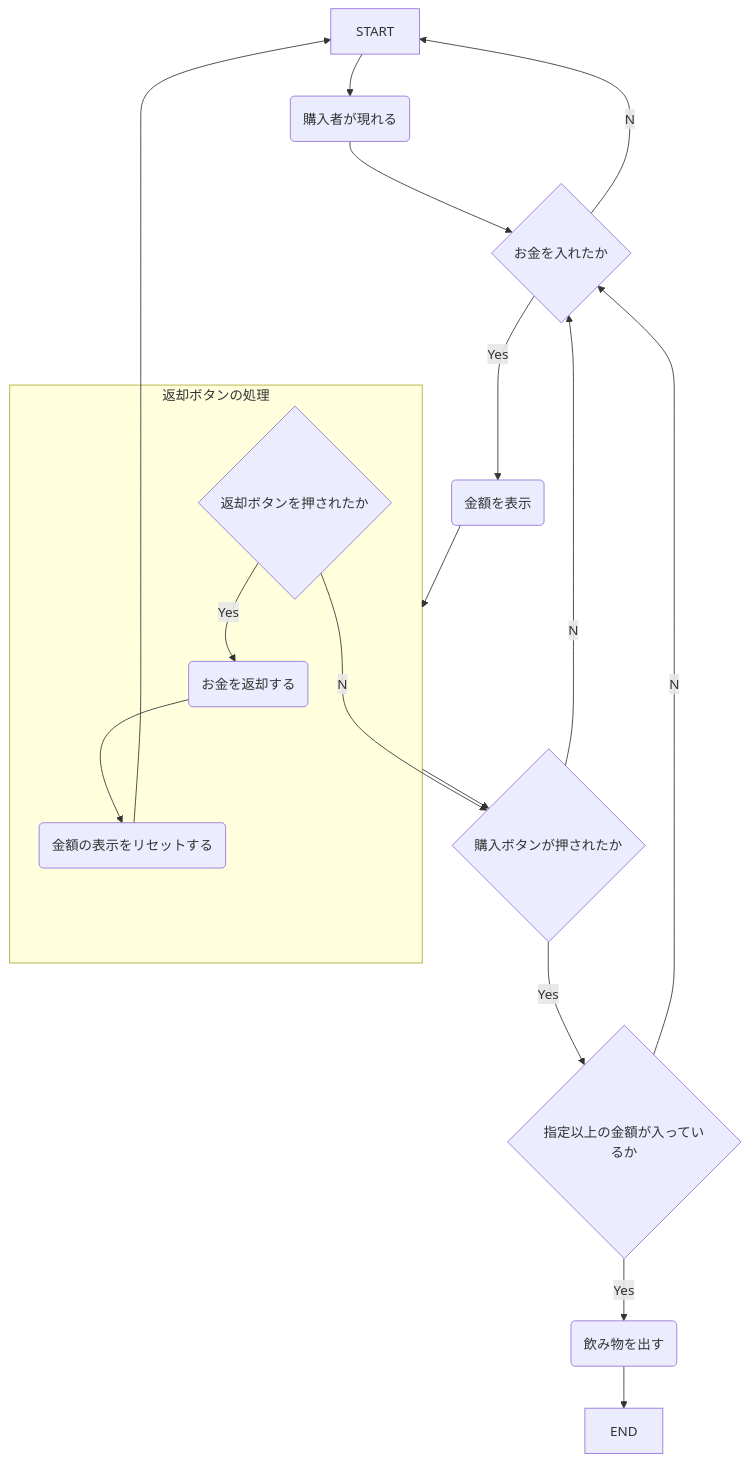
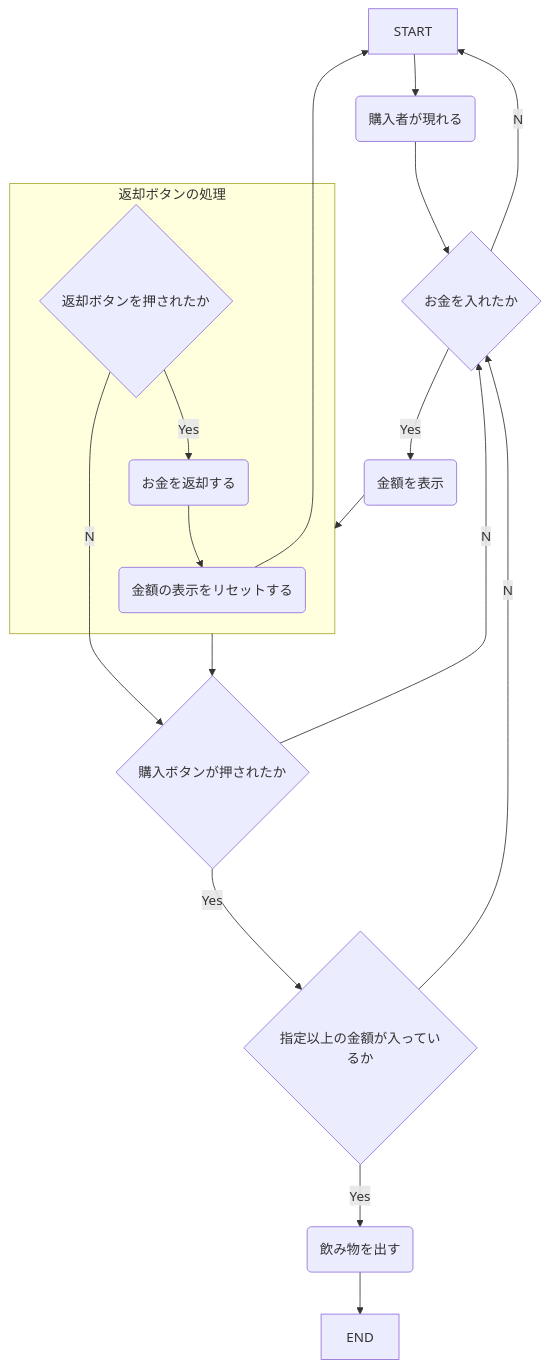
One commit to tpu-game-2022/mermaid_test changed the diagram in README.md. Above: the diagram before and after it, drawn with Mermaid.

Commit message:
フローチャートを変更した

````diff
--- a/README.md
+++ b/README.md
@@ -20,19 +20,20 @@
 ```mermaid
 flowchart TB
   START-->A(購入者が現れる)
   A(購入者が現れる)-->B{お金を入れたか}
   B--Yes-->C(金額を表示)
   B--No-->START
-    subgraph 返却ボタンの処理
+  D3-->START
+  C-->返却ボタンの処理-->E{購入ボタンが押されたか}
+  D1--No-->E
+      subgraph 返却ボタンの処理
     D1{返却ボタンを押されたか}--Yes-->D2(お金を返却する)
     D2-->D3(金額の表示をリセットする)
     end
-  D3-->START
-  C-->返却ボタンの処理-->E{購入ボタンが押されたか}
-  D1--No-->E
+
   E{購入ボタンが押されたか}--Yes-->F{指定以上の金額が入っているか}
   E--No-->B
   F--Yes-->G(飲み物を出す)
   F--No-->B
   G-->END
 ```
````
